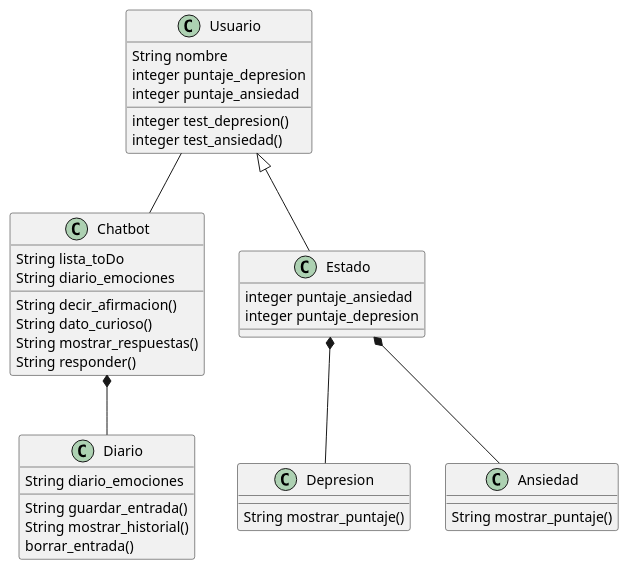
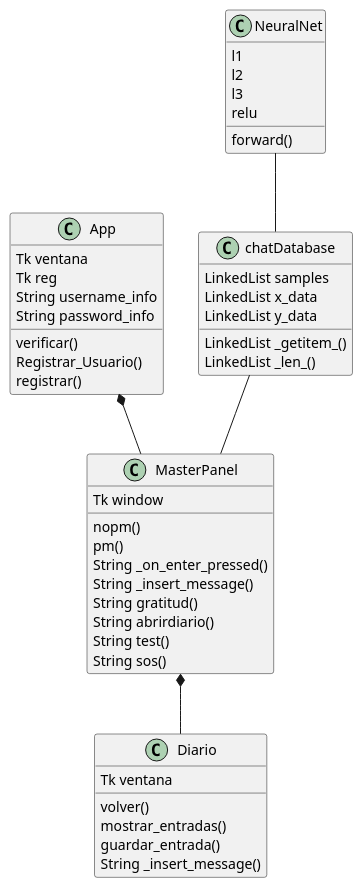
Before and after one commit to lunajulio/Psybot: the diagram in diagrama.puml, drawn with PlantUML.

```diff
--- a/diagrama.puml
+++ b/diagrama.puml
@@ -1,40 +1,51 @@
 @startuml
-class Chatbot{
-  String lista_toDo
-  String diario_emociones
-  String decir_afirmacion()
-  String dato_curioso()
-  String mostrar_respuestas()
-  String responder()
+class MasterPanel{
+  Tk window
+  nopm()
+  pm()
+  String _on_enter_pressed()
+  String _insert_message()
+  String gratitud()
+  String abrirdiario()
+  String test()
+  String sos()
 }
 
 class Diario{
-   String diario_emociones
-   String guardar_entrada()
-   String mostrar_historial()
-   borrar_entrada()
+  Tk ventana
+  volver()
+  mostrar_entradas()
+  guardar_entrada()
+  String _insert_message()
 }
-class Usuario{
-  String nombre
-  integer puntaje_depresion
-  integer puntaje_ansiedad
-  integer test_depresion()
-  integer test_ansiedad()
-}
-class Estado{
-  integer puntaje_ansiedad
-  integer puntaje_depresion
-}
-class Depresion{
-  String mostrar_puntaje()
-}
-class Ansiedad{
-  String mostrar_puntaje()
+class App{
+  Tk ventana
+  Tk reg
+  String username_info
+  String password_info
+  verificar()
+  Registrar_Usuario()
+  registrar()
 }
 
-Usuario <|-- Estado
-Estado *-- Depresion
-Estado *-- Ansiedad
-Chatbot *-- Diario
-Usuario -- Chatbot
+class NeuralNet{
+  l1
+  l2
+  l3
+  relu
+  forward()
+}
+class chatDatabase{
+  LinkedList samples
+  LinkedList x_data
+  LinkedList y_data
+  LinkedList _getitem_()
+  LinkedList _len_()
+  
+}
+
+App*-- MasterPanel
+MasterPanel*-- Diario
+NeuralNet -- chatDatabase
+chatDatabase -- MasterPanel
 @enduml
```
